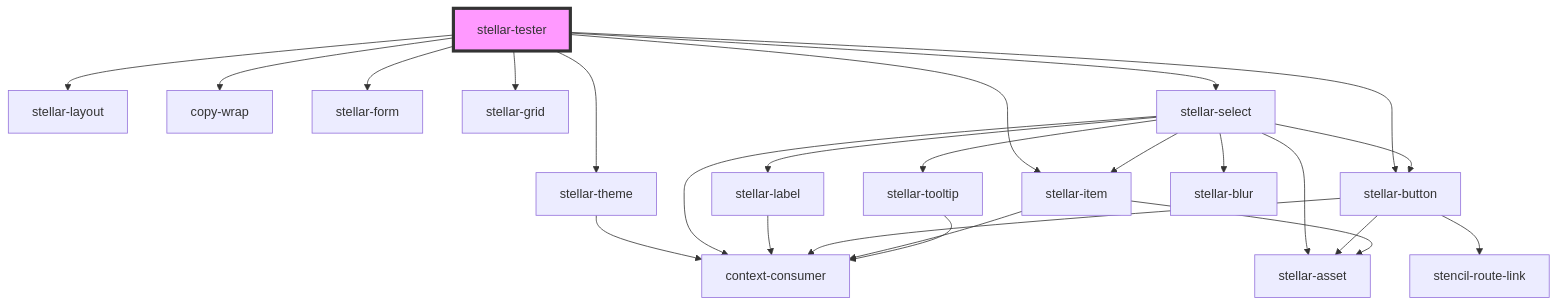
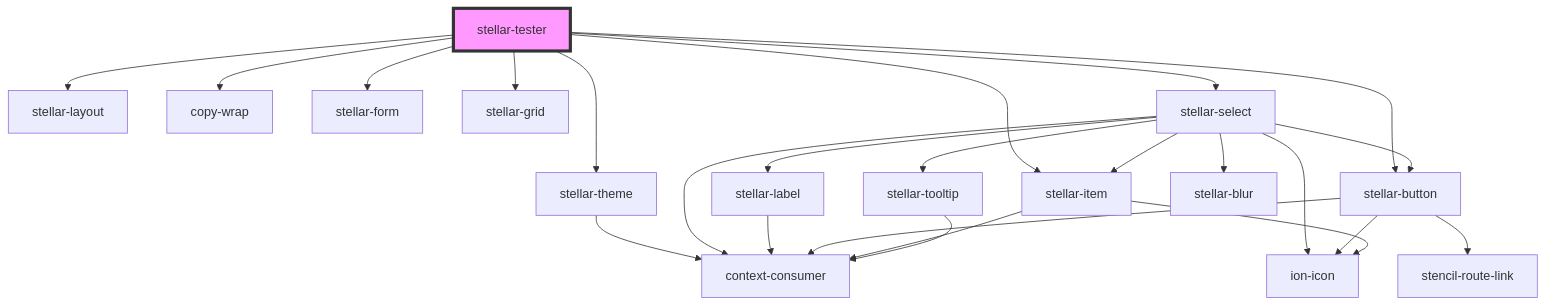
The diagram in src/components/tester/readme.md (splitinfinities/Stellar), drawn with Mermaid before and after one commit. The commit also changed 108 other files, not shown here.

Commit message:
Remove stellar-asset.

````diff
--- a/src/components/tester/readme.md
+++ b/src/components/tester/readme.md
@@ -22,27 +22,27 @@
 ```mermaid
 graph TD;
   stellar-tester --> stellar-layout
   stellar-tester --> stellar-theme
   stellar-tester --> copy-wrap
   stellar-tester --> stellar-form
   stellar-tester --> stellar-grid
   stellar-tester --> stellar-select
   stellar-tester --> stellar-item
   stellar-tester --> stellar-button
   stellar-theme --> context-consumer
   stellar-select --> stellar-label
   stellar-select --> stellar-button
-  stellar-select --> stellar-asset
+  stellar-select --> ion-icon
   stellar-select --> stellar-item
   stellar-select --> stellar-tooltip
   stellar-select --> stellar-blur
   stellar-select --> context-consumer
   stellar-label --> context-consumer
-  stellar-button --> stellar-asset
+  stellar-button --> ion-icon
   stellar-button --> stencil-route-link
   stellar-button --> context-consumer
-  stellar-item --> stellar-asset
+  stellar-item --> ion-icon
   stellar-item --> context-consumer
   stellar-tooltip --> context-consumer
   style stellar-tester fill:#f9f,stroke:#333,stroke-width:4px
 ```
````
